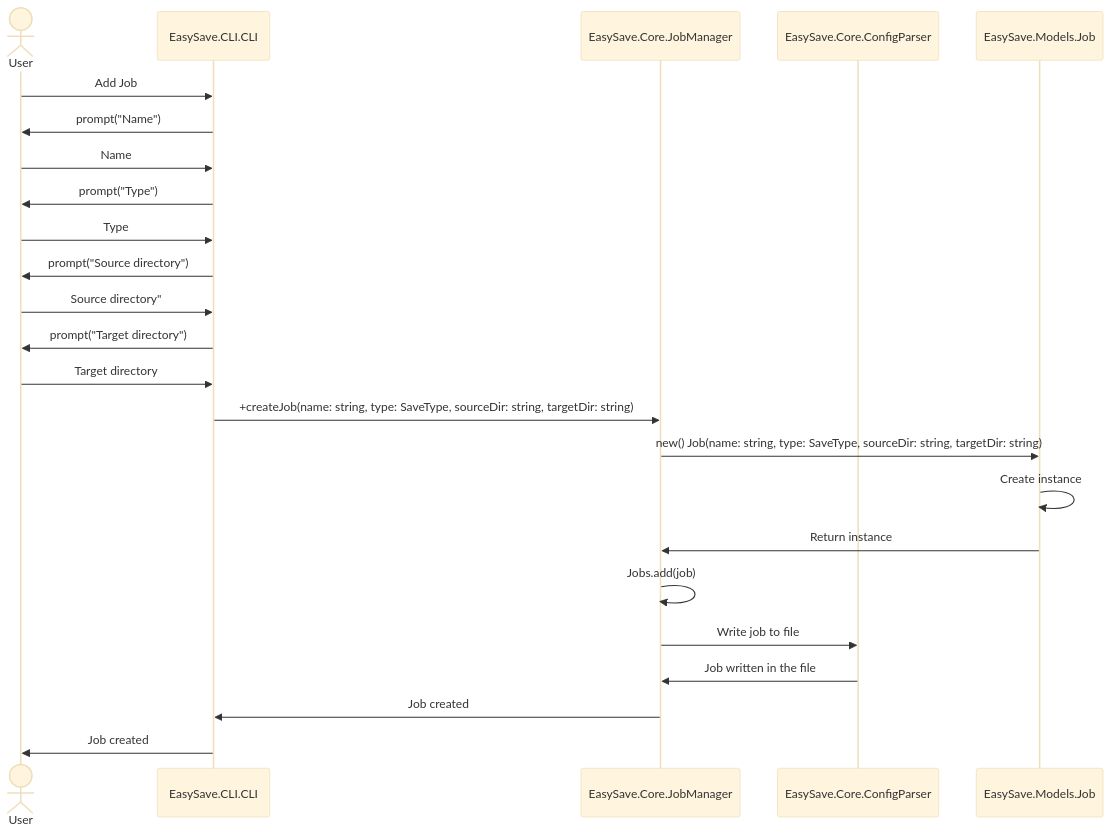
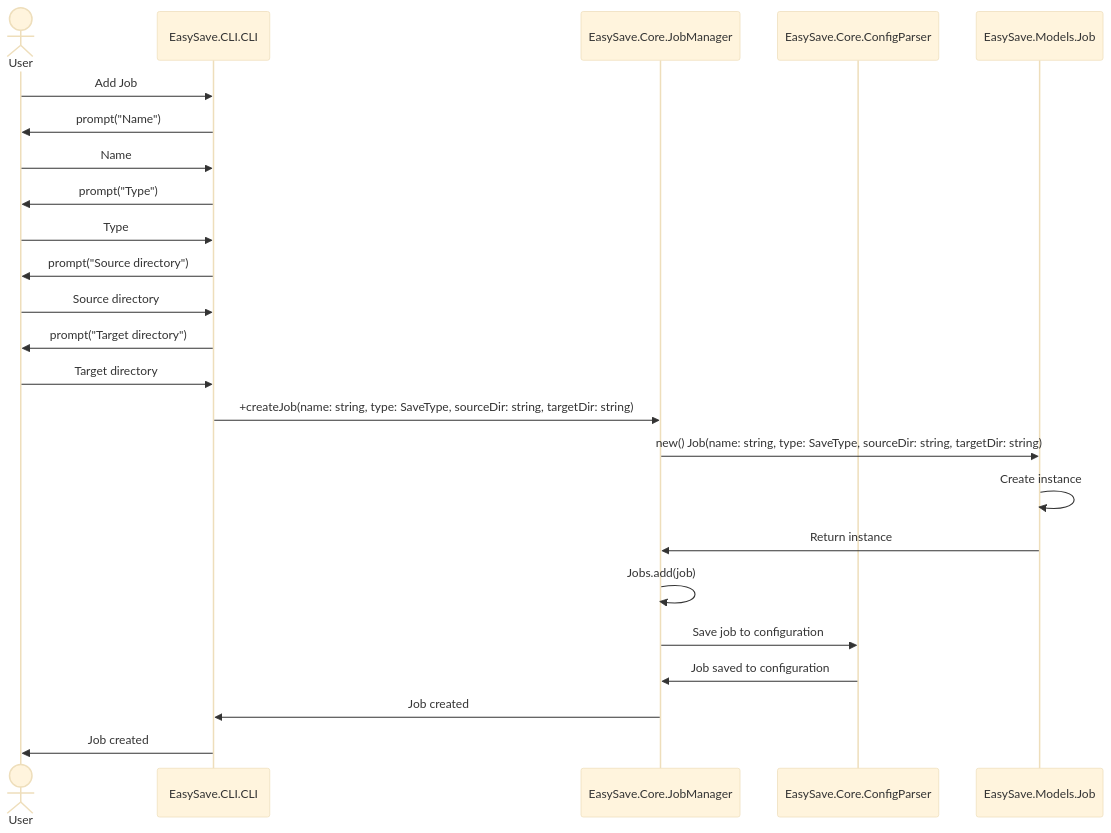
Before and after one commit to louisdrouhin/EasySave: the second of 5 diagrams in Modelisation.md, drawn with Mermaid (base theme). The commit also changed other lines of this file and 1 other file, not shown here.

Commit message:
docs(UML): add use case diagram and translate french to english

````diff
--- a/Modelisation.md
+++ b/Modelisation.md
@@ -122,27 +127,27 @@
 ```mermaid
 sequenceDiagram
     actor User as User
     participant CLI as EasySave.CLI.CLI
     participant JobMgr as EasySave.Core.JobManager
     participant Config as EasySave.Core.ConfigParser
     participant Job as EasySave.Models.Job
 
     User->>CLI: Add Job
     CLI->>User: prompt("Name")
     User->>CLI: Name
     CLI->>User: prompt("Type")
     User->>CLI: Type
     CLI->>User: prompt("Source directory")
-    User->>CLI: Source directory"
+    User->>CLI: Source directory
     CLI->>User: prompt("Target directory")
     User->>CLI: Target directory
     CLI->>JobMgr: +createJob(name: string, type: SaveType, sourceDir: string, targetDir: string)
     JobMgr->>Job: new() Job(name: string, type: SaveType, sourceDir: string, targetDir: string)
     Job->>Job:Create instance
     Job->>JobMgr: Return instance
     JobMgr->>JobMgr: Jobs.add(job)
-    JobMgr->>Config: Write job to file
-    Config->>JobMgr: Job written in the file
+    JobMgr->>Config: Save job to configuration
+    Config->>JobMgr: Job saved to configuration
     JobMgr->>CLI: Job created
     CLI->>User: Job created
 ```
````
